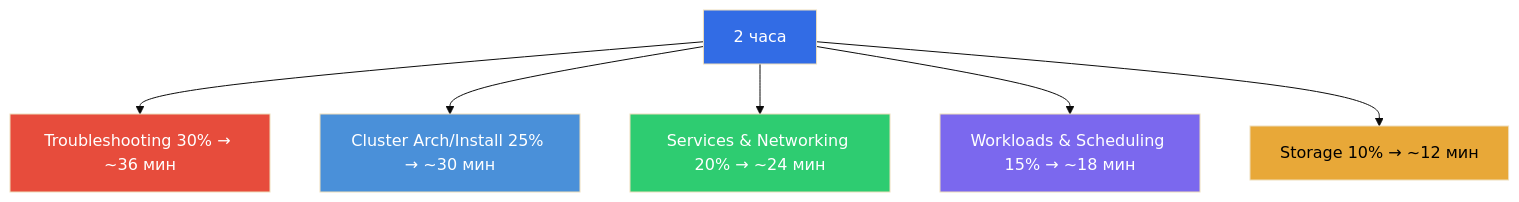
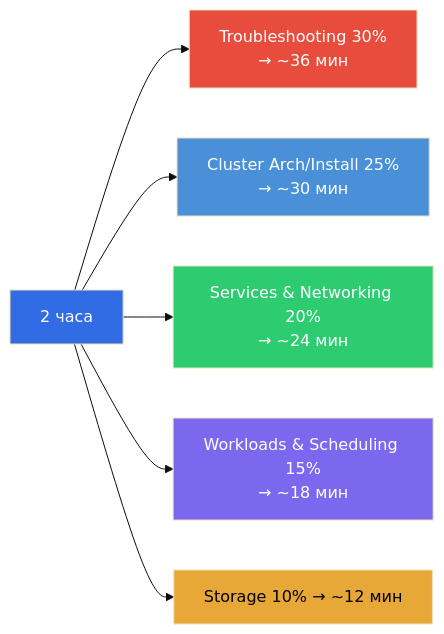
One commit to ViktorUJ/cks changed the second of 8 diagrams in tasks/cka/course/48/ru.md. Above: the diagram before and after it, drawn with Mermaid (base theme). The commit also changed other lines of this file and 30 other files, not shown here.

````diff
--- a/tasks/cka/course/48/ru.md
+++ b/tasks/cka/course/48/ru.md
@@ -45,15 +42,15 @@
 ```mermaid
-flowchart TB
+flowchart LR
     t["2 часа"]
-    t --> ts["Troubleshooting 30% → ~36 мин"]
-    t --> ca["Cluster Arch/Install 25% → ~30 мин"]
-    t --> sn["Services & Networking 20% → ~24 мин"]
-    t --> ws["Workloads & Scheduling 15% → ~18 мин"]
+    t --> ts["Troubleshooting 30%<br>→ ~36 мин"]
+    t --> ca["Cluster Arch/Install 25%<br>→ ~30 мин"]
+    t --> sn["Services & Networking 20%<br>→ ~24 мин"]
+    t --> ws["Workloads & Scheduling 15%<br>→ ~18 мин"]
     t --> st["Storage 10% → ~12 мин"]
     style t fill:#326ce5,color:#fff
     style ts fill:#e74c3c,color:#fff
     style ca fill:#4a90d9,color:#fff
     style sn fill:#2ecc71,color:#fff
     style ws fill:#7b68ee,color:#fff
     style st fill:#e8a838,color:#000
 ```
````
